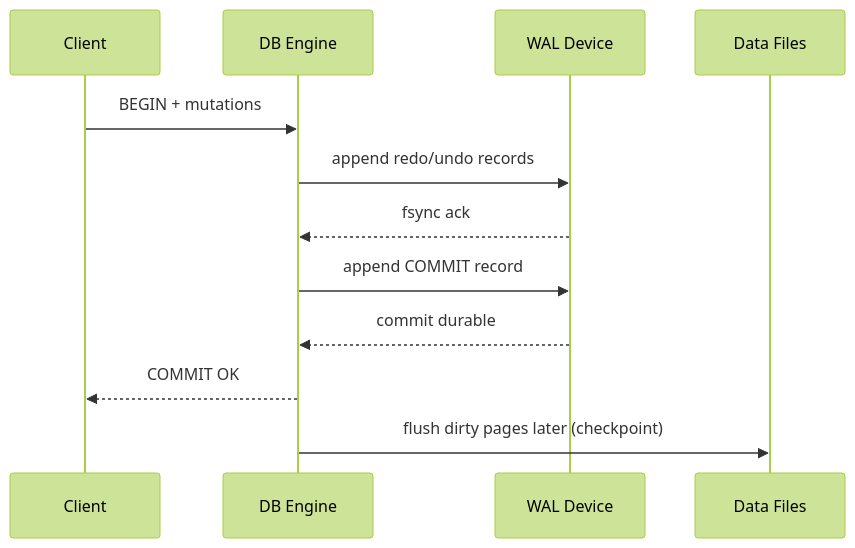
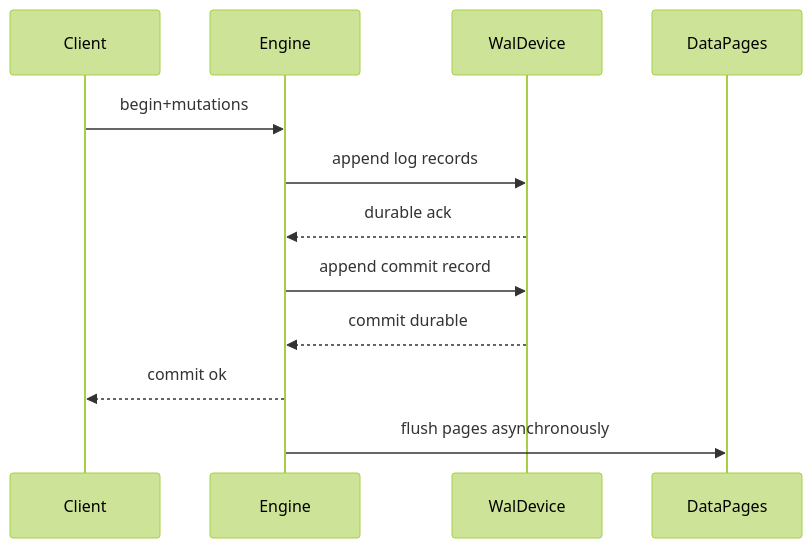
One commit to GabrielAlmeidaFlores/Senior-Software-Architect changed the first of 2 diagrams in database/database-masterclass/01-theory-and-foundations/02-acid-vs-base-models.md. Above: the diagram before and after it, drawn with Mermaid (forest theme). The commit also changed other lines of this file and 19 other files, not shown here.

````diff
--- a/database/database-masterclass/01-theory-and-foundations/02-acid-vs-base-models.md
+++ b/database/database-masterclass/01-theory-and-foundations/02-acid-vs-base-models.md
@@ -77,14 +82,14 @@
 ```mermaid
 sequenceDiagram
-    participant C as Client
-    participant DB as DB Engine
-    participant WAL as WAL Device
-    participant DATA as Data Files
-    C->>DB: BEGIN + mutations
-    DB->>WAL: append redo/undo records
-    WAL-->>DB: fsync ack
-    DB->>WAL: append COMMIT record
-    WAL-->>DB: commit durable
-    DB-->>C: COMMIT OK
-    DB->>DATA: flush dirty pages later (checkpoint)
+    participant Client
+    participant Engine
+    participant WalDevice
+    participant DataPages
+    Client->>Engine: begin+mutations
+    Engine->>WalDevice: append log records
+    WalDevice-->>Engine: durable ack
+    Engine->>WalDevice: append commit record
+    WalDevice-->>Engine: commit durable
+    Engine-->>Client: commit ok
+    Engine->>DataPages: flush pages asynchronously
 ```
````
